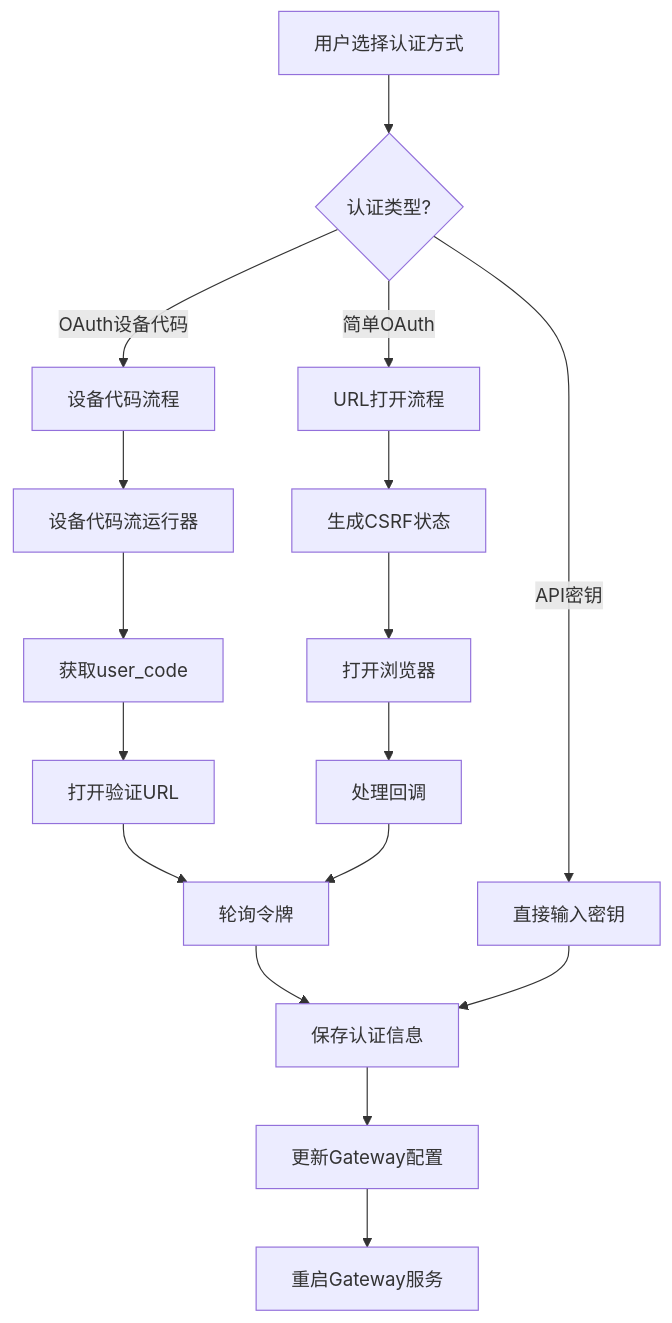
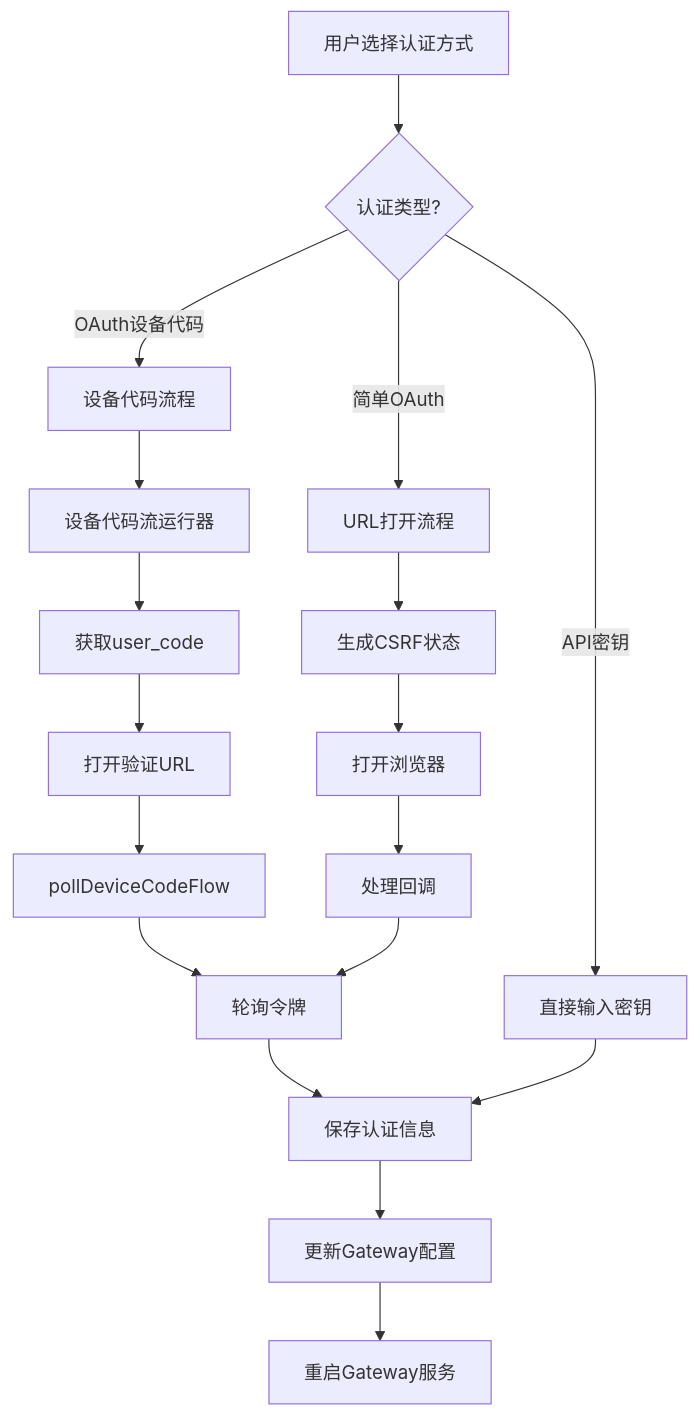
Diagram 15 of 41 in .qoder/repowiki/zh/content/核心概念/Electron应用增强.md (verse-ai-org/openclaw), drawn with Mermaid before and after one commit. The commit also changed other lines of this file and 22 other files, not shown here.

````diff
--- a/.qoder/repowiki/zh/content/核心概念/Electron应用增强.md
+++ b/.qoder/repowiki/zh/content/核心概念/Electron应用增强.md
@@ -766,19 +833,20 @@
 ```mermaid
 flowchart TD
 A[用户选择认证方式] --> B{认证类型?}
 B --> |API密钥| C[直接输入密钥]
 B --> |OAuth设备代码| D[设备代码流程]
 B --> |简单OAuth| E[URL打开流程]
 D --> F[设备代码流运行器]
 F --> G[获取user_code]
 G --> H[打开验证URL]
-H --> I[轮询令牌]
-I --> J[保存认证信息]
-E --> K[生成CSRF状态]
-K --> L[打开浏览器]
-L --> M[处理回调]
-M --> I
-C --> J
-J --> N[更新Gateway配置]
-N --> O[重启Gateway服务]
+H --> I[pollDeviceCodeFlow]
+I --> J[轮询令牌]
+J --> K[保存认证信息]
+E --> L[生成CSRF状态]
+L --> M[打开浏览器]
+M --> N[处理回调]
+N --> J
+C --> K
+K --> O[更新Gateway配置]
+O --> P[重启Gateway服务]
 ```
````
